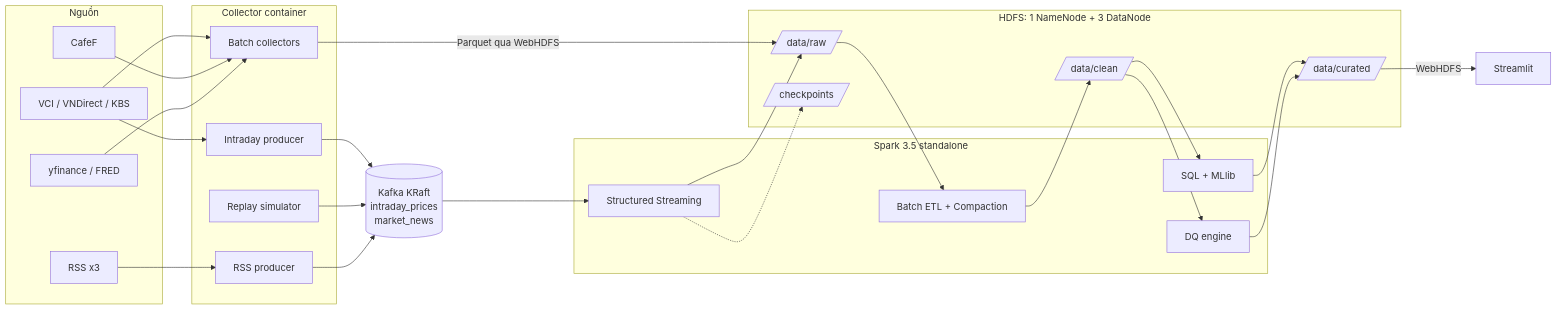
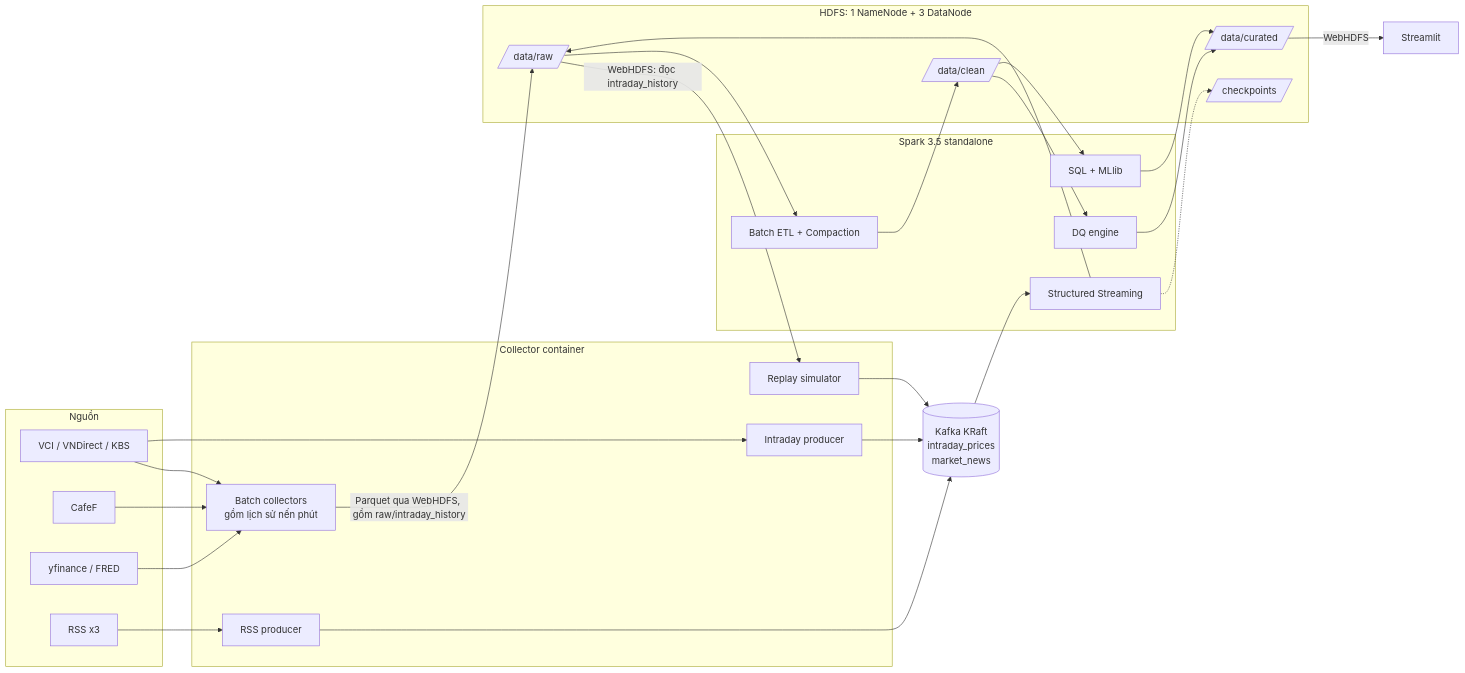
Before and after one commit to hongduong/big_data_project: the diagram in docs/Planning.md, drawn with Mermaid. The commit also changed other lines of this file, not shown here.

Commit message:
[Hùng Dương] docs: ghi quyết định bảng raw/intraday_history và số đo spark-driver 3GB / 2 CPU

````diff
--- a/docs/Planning.md
+++ b/docs/Planning.md
@@ -94,39 +94,40 @@
 ```mermaid
 flowchart LR
   subgraph Nguon[Nguồn]
     A1[VCI / VNDirect / KBS]
     A2[CafeF]
     A3[yfinance / FRED]
     A4[RSS x3]
   end
   subgraph Collector[Collector container]
-    B1[Batch collectors]
+    B1[Batch collectors<br/>gồm lịch sử nến phút]
     B2[Intraday producer]
     B3[Replay simulator]
     B4[RSS producer]
   end
   K[(Kafka KRaft\nintraday_prices\nmarket_news)]
   subgraph Spark[Spark 3.5 standalone]
     S1[Structured Streaming]
     S2[Batch ETL + Compaction]
     S3[DQ engine]
     S4[SQL + MLlib]
   end
   subgraph HDFS[HDFS: 1 NameNode + 3 DataNode]
     H1[/data/raw/]
     H2[/data/clean/]
     H3[/data/curated/]
     H4[/checkpoints/]
   end
   UI[Streamlit]
   A1 & A2 & A3 --> B1
   A1 --> B2
   A4 --> B4
-  B1 -->|Parquet qua WebHDFS| H1
+  B1 -->|Parquet qua WebHDFS, gồm raw/intraday_history| H1
+  H1 -->|WebHDFS: đọc intraday_history| B3
   B2 & B3 & B4 --> K --> S1 --> H1
   S1 -.-> H4
   H1 --> S2 --> H2 --> S3
   H2 --> S4 --> H3
   S3 --> H3
   H3 -->|WebHDFS| UI
 ```
````
